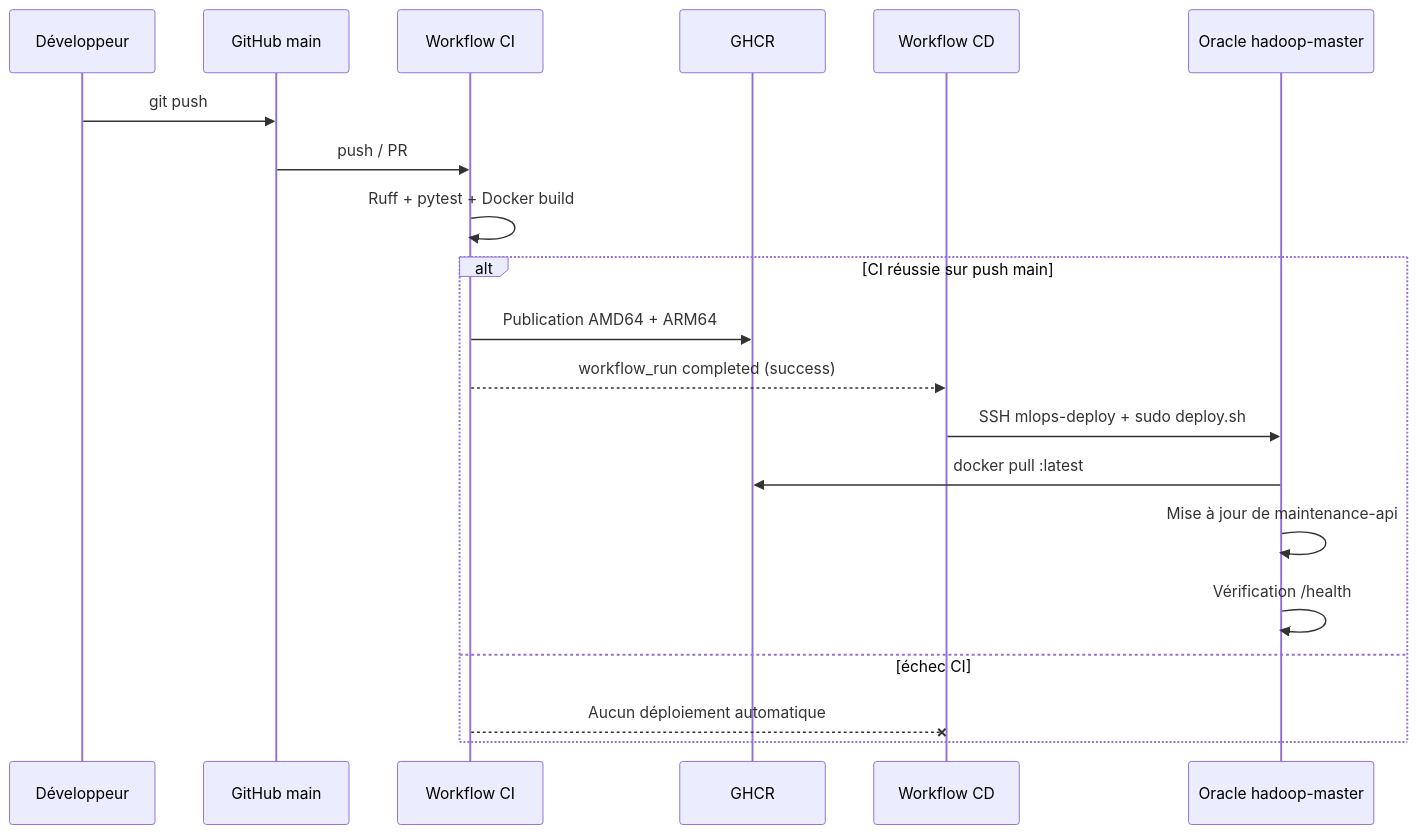
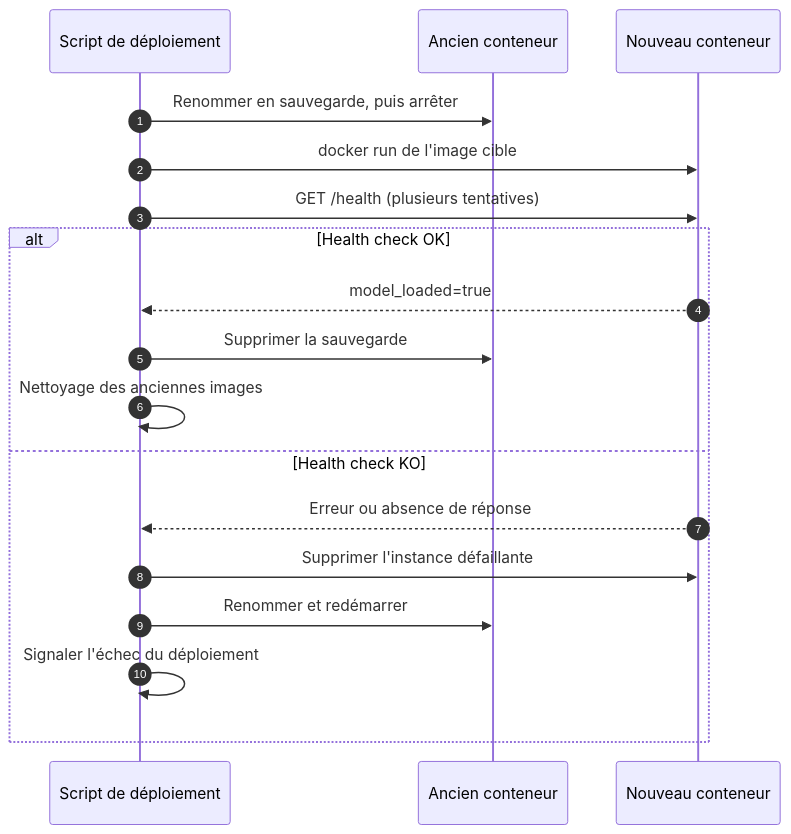
One commit to ImaneMekkaoui1/predictive-maintenance-mlops changed the second of 2 diagrams in README.md. Above: the diagram before and after it, drawn with Mermaid. The commit also changed other lines of this file and 11 other files, not shown here.

Commit message:
docs: add professional MLOps README and architecture diagrams

````diff
--- a/README.md
+++ b/README.md
@@ -540,22 +292,20 @@
 ```mermaid
 sequenceDiagram
-    participant Dev as Développeur
-    participant Git as GitHub main
-    participant CI as Workflow CI
-    participant GHCR as GHCR
-    participant CD as Workflow CD
-    participant VM as Oracle hadoop-master
-    Dev->>Git:git push
-    Git->>CI: push / PR
-    CI->>CI: Ruff + pytest + Docker build
-    alt CI réussie sur push main
-        CI->>GHCR: Publication AMD64 + ARM64
-        CI-->>CD: workflow_run completed (success)
-        CD->>VM: SSH mlops-deploy + sudo deploy.sh
-        VM->>GHCR:docker pull :latest
-        VM->>VM: Mise à jour de maintenance-api
-        VM->>VM: Vérification /health
-    else échec CI
-        CI--xCD: Aucun déploiement automatique
+    autonumber
+    participant CD as Script de déploiement
+    participant OLD as Ancien conteneur
+    participant NEW as Nouveau conteneur
+    CD->>OLD: Renommer en sauvegarde, puis arrêter
+    CD->>NEW: docker run de l'image cible
+    CD->>NEW: GET /health (plusieurs tentatives)
+    alt Health check OK
+        NEW-->>CD: model_loaded=true
+        CD->>OLD: Supprimer la sauvegarde
+        CD->>CD: Nettoyage des anciennes images
+    else Health check KO
+        NEW-->>CD: Erreur ou absence de réponse
+        CD->>NEW: Supprimer l'instance défaillante
+        CD->>OLD: Renommer et redémarrer
+        CD->>CD: Signaler l'échec du déploiement
     end
 ```
````
